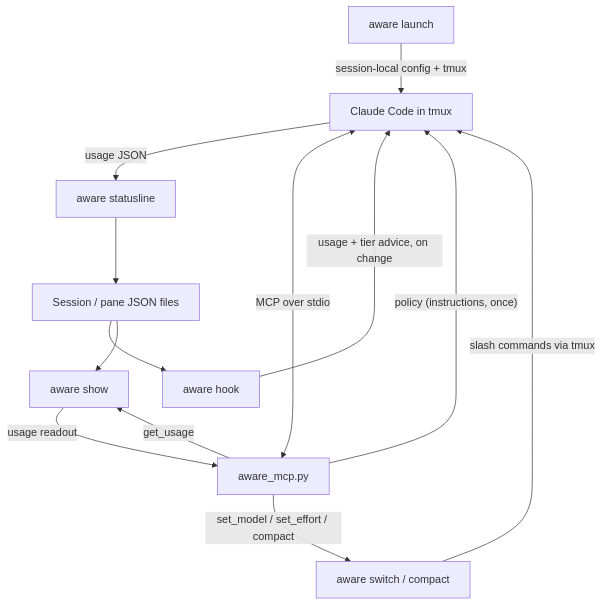
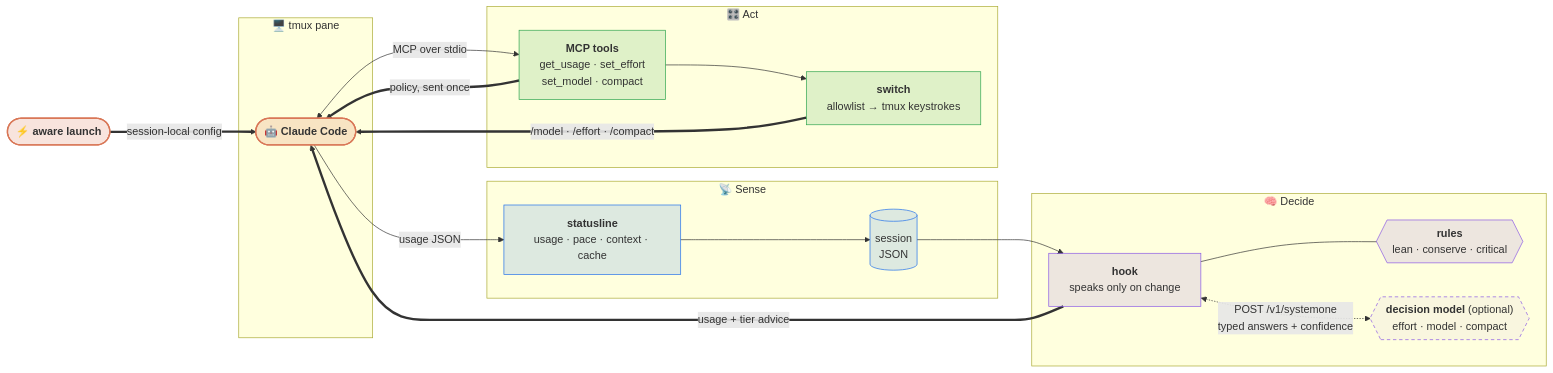
Before and after one commit to JGalego/aware: the diagram in README.md, drawn with Mermaid. The commit also changed other lines of this file and 5 other files, not shown here.

Commit message:
feat: add optional decision-model support with rules fallback

````diff
--- a/README.md
+++ b/README.md
@@ -49,15 +48,43 @@
 ```mermaid
-flowchart TD
-    Launch["aware launch"] -->|"session-local config + tmux"| Claude["Claude Code in tmux"]
-    Claude -->|"usage JSON"| Status["aware statusline"]
-    Status --> Store["Session / pane JSON files"]
-    Store --> Hook["aware hook"]
-    Hook -->|"usage + tier advice, on change"| Claude
-    MCP -->|"policy (instructions, once)"| Claude
-    Claude <-->|"MCP over stdio"| MCP["aware_mcp.py"]
-    MCP -->|"get_usage"| Show["aware show"]
-    Store --> Show
-    Show -->|"usage readout"| MCP
-    MCP -->|"set_model / set_effort / compact"| Switch["aware switch / compact"]
-    Switch -->|"slash commands via tmux"| Claude
+flowchart LR
+    subgraph TERM["🖥️ tmux pane"]
+        Claude(["🤖 <b>Claude Code</b>"])
+    end
+
+    subgraph SENSE["📡 Sense"]
+        Status["<b>statusline</b><br/>usage · pace · context · cache"]
+        Store[("session<br/>JSON")]
+    end
+
+    subgraph DECIDE["🧠 Decide"]
+        Hook["<b>hook</b><br/>speaks only on change"]
+        Rules{{"<b>rules</b><br/>lean · conserve · critical"}}
+        DM{{"<b>decision model</b> (optional)<br/>effort · model · compact"}}
+    end
+
+    subgraph ACT["🎛️ Act"]
+        MCP["<b>MCP tools</b><br/>get_usage · set_effort<br/>set_model · compact"]
+        Switch["<b>switch</b><br/>allowlist → tmux keystrokes"]
+    end
+
+    Launch(["⚡ <b>aware launch</b>"]) ==>|"session-local config"| Claude
+    Claude -->|"usage JSON"| Status --> Store --> Hook
+    Hook --- Rules
+    Hook <-.->|"POST /v1/systemone<br/>typed answers + confidence"| DM
+    Hook ==>|"usage + tier advice"| Claude
+    MCP ==>|"policy, sent once"| Claude
+    Claude <-->|"MCP over stdio"| MCP
+    MCP --> Switch
+    Switch ==>|"/model · /effort · /compact"| Claude
+
+    classDef agent fill:#d9775733,stroke:#d97757,stroke-width:2px
+    classDef sense fill:#1f6feb26,stroke:#1f6feb
+    classDef decide fill:#8957e526,stroke:#8957e5
+    classDef opt fill:#8957e50d,stroke:#8957e5,stroke-dasharray:5 4
+    classDef act fill:#2da44e26,stroke:#2da44e
+    class Claude,Launch agent
+    class Status,Store sense
+    class Hook,Rules decide
+    class DM opt
+    class MCP,Switch act
 ```
````
